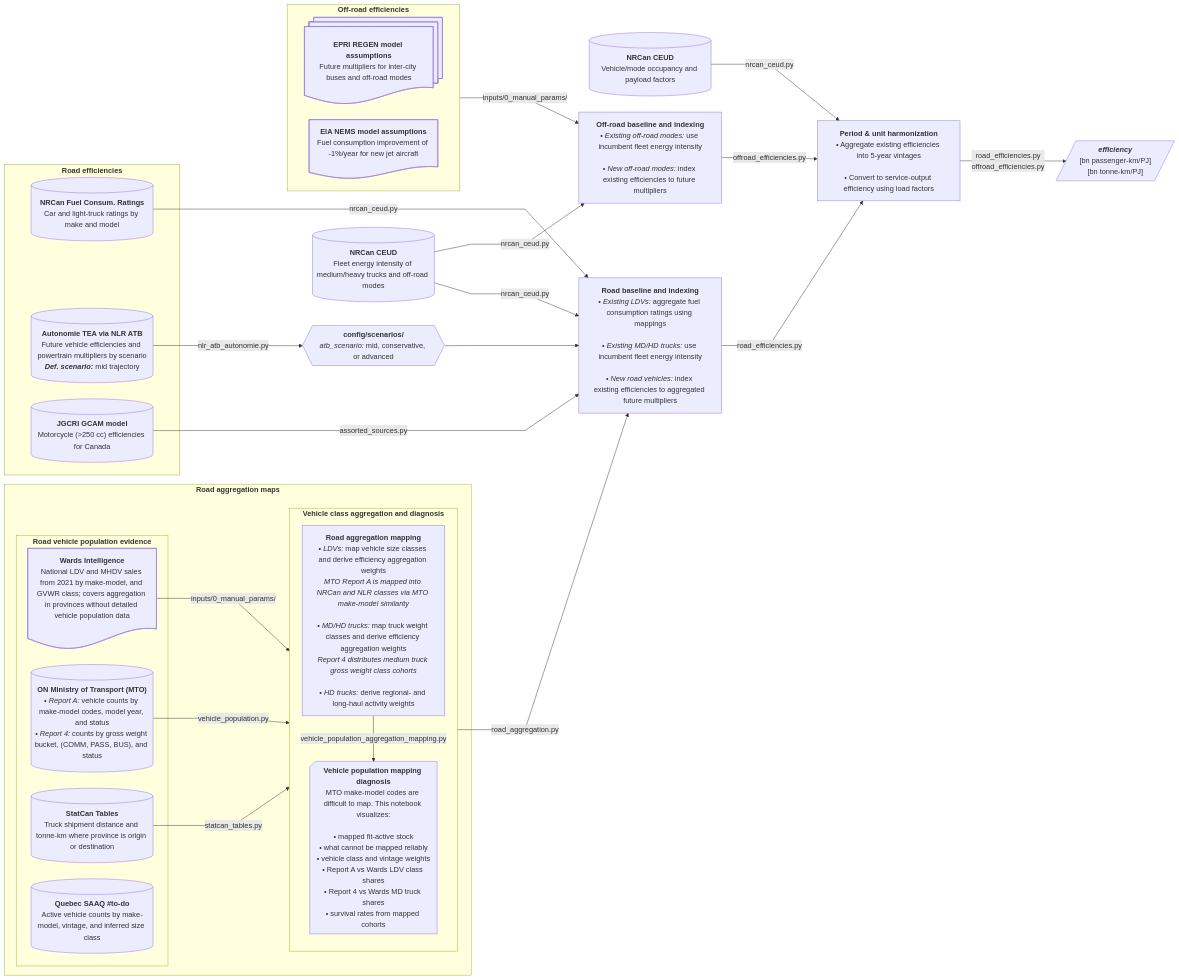
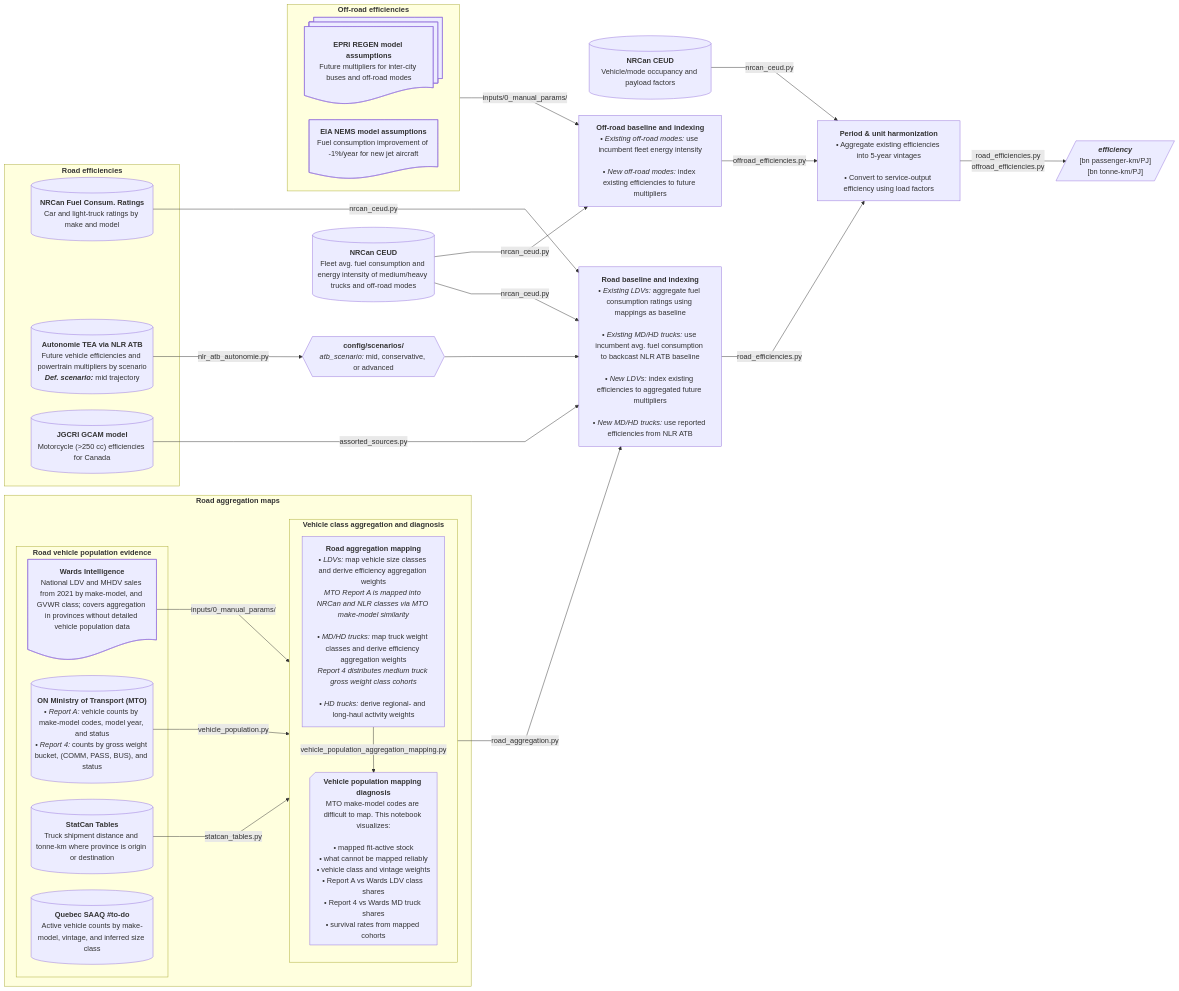
Before and after one commit to CANOE-main/canoe-transportation: the sixth of 12 diagrams in docs/etl_flowcharts.md, drawn with Mermaid. The commit also changed other lines of this file and 70 other files, not shown here.

```diff
--- a/docs/etl_flowcharts.md
+++ b/docs/etl_flowcharts.md
@@ -503,7 +507,7 @@
   end
   
   s0[("`**NRCan CEUD**
-    Fleet energy intensity of medium/heavy trucks and off-road modes`")]
+    Fleet avg. fuel consumption and energy intensity of medium/heavy trucks and off-road modes`")]
   s9[("`**NRCan CEUD**
     Vehicle/mode occupancy and payload factors`")]
 
@@ -513,9 +517,11 @@
   p2_2@{shape: hex, label: "**config/scenarios/**
     *atb_scenario:* mid, conservative, or advanced"}
   p2["`**Road baseline and indexing**
-    • *Existing LDVs:* aggregate fuel consumption ratings using mappings<br>
-    • *Existing MD/HD trucks:* use incumbent fleet energy intensity<br>
-    • *New road vehicles:* index existing efficiencies to aggregated future multipliers`"]
+    • *Existing LDVs:* aggregate fuel consumption ratings using mappings as baseline<br>
+    • *Existing MD/HD trucks:* use incumbent avg. fuel consumption to backcast NLR ATB baseline<br>
+    • *New LDVs:* index existing efficiencies to aggregated future multipliers<br>
+    • *New MD/HD trucks:* use reported efficiencies from NLR ATB<br>
+    `"]
   s1 -- nrcan_ceud.py --> p2
   s2 -- nlr_atb_autonomie.py --> p2_2 --> p2
   s2_2 -- assorted_sources.py --> p2
```
